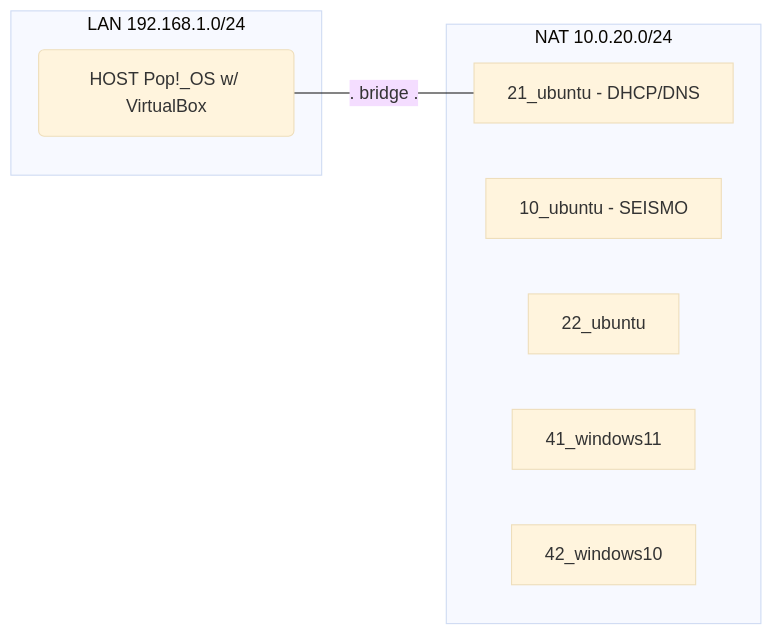
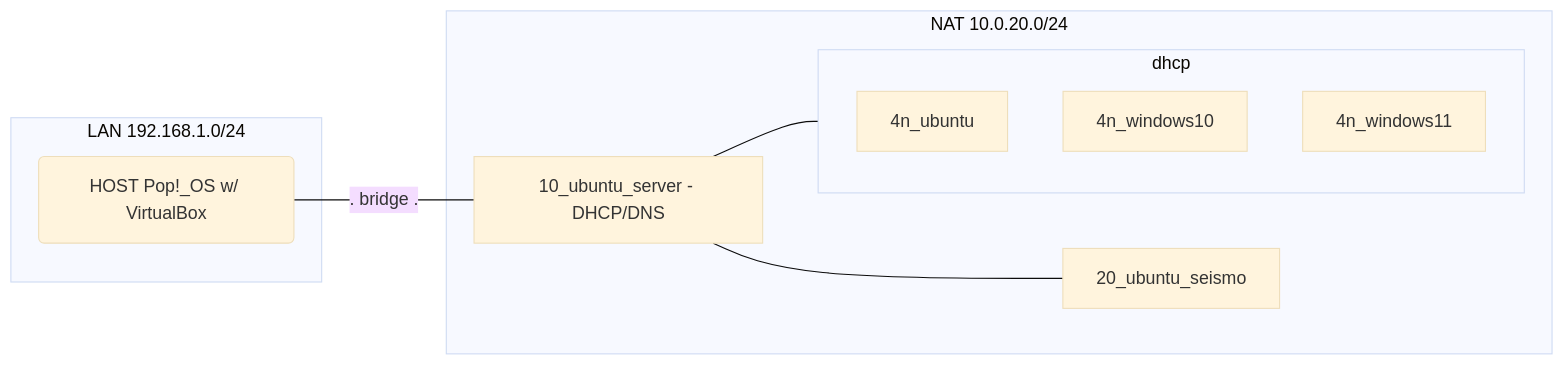
The diagram in README.md (pabloqpacin/lab_maremoto), drawn with Mermaid (base theme) before and after one commit. The commit also changed other lines of this file and 1 other file, not shown here.

Commit message:
Add vbox setup

````diff
--- a/README.md
+++ b/README.md
@@ -8,18 +5,21 @@
 ```mermaid
     flowchart LR;
 
 subgraph LAN[LAN 192.168.1.0/24]
 HOST(HOST Pop!_OS w/ VirtualBox)
 end
 
-HOST --. bridge .--- 21_ubuntu
+HOST --. bridge .--- 10_ubuntu_server
 
 
 subgraph NAT[NAT 10.0.20.0/24]
-10_ubuntu[10_ubuntu - SEISMO]
-21_ubuntu[21_ubuntu - DHCP/DNS]
-22_ubuntu
-41_windows11
-42_windows10
+20_ubuntu[20_ubuntu_seismo]
+10_ubuntu_server[10_ubuntu_server - DHCP/DNS] --- 20_ubuntu
+10_ubuntu_server[10_ubuntu_server - DHCP/DNS] --- dhcp
+subgraph dhcp
+4n_ubuntu
+4n_windows10
+4n_windows11
+end
 end
 ```
````
